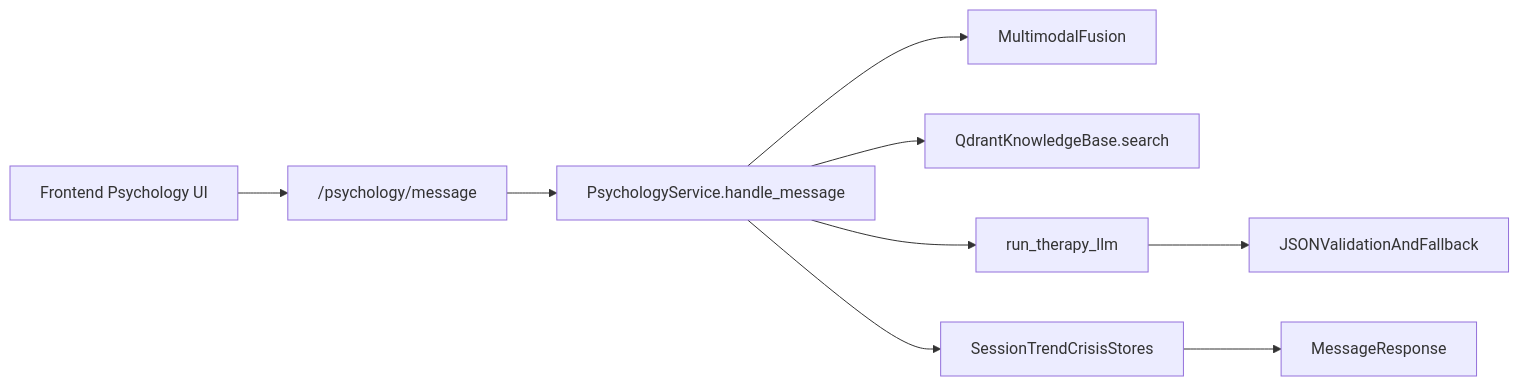
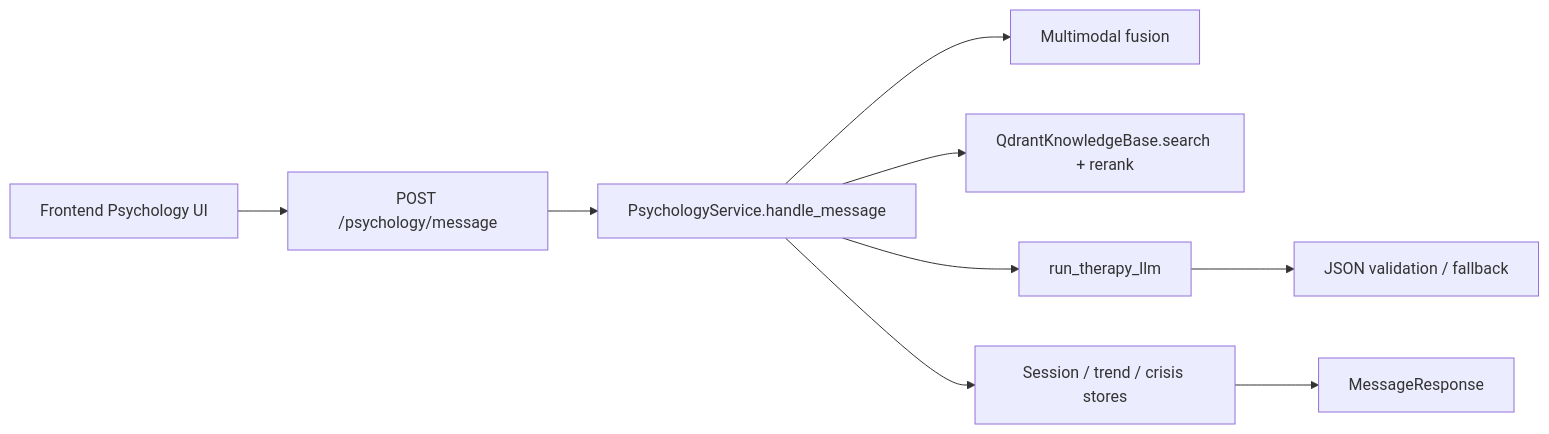
One commit to EdamHakim/Glunova changed the diagram in backend/Psychology Architecture.md. Above: the diagram before and after it, drawn with Mermaid. The commit also changed other lines of this file and 5 other files, not shown here.

````diff
--- a/backend/Psychology Architecture.md
+++ b/backend/Psychology Architecture.md
@@ -40,11 +43,11 @@
 ```mermaid
 flowchart LR
-    ui[Frontend Psychology UI] --> api["/psychology/message"]
+    ui[Frontend Psychology UI] --> api["POST /psychology/message"]
     api --> svc[PsychologyService.handle_message]
-    svc --> fusion[MultimodalFusion]
-    svc --> kb[QdrantKnowledgeBase.search]
+    svc --> fusion[Multimodal fusion]
+    svc --> kb[QdrantKnowledgeBase.search + rerank]
     svc --> llm[run_therapy_llm]
-    llm --> schema[JSONValidationAndFallback]
-    svc --> stores[SessionTrendCrisisStores]
+    llm --> schema[JSON validation / fallback]
+    svc --> stores[Session / trend / crisis stores]
     stores --> resp[MessageResponse]
 ```
````
